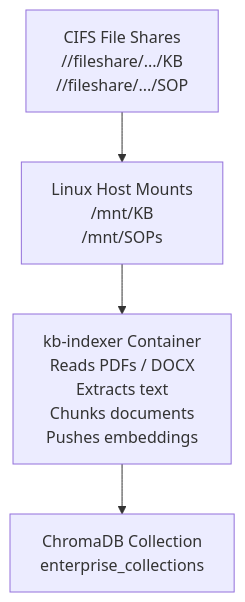
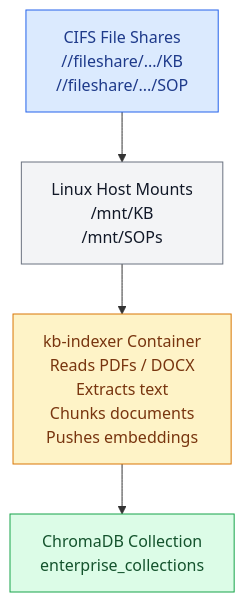
Before and after one commit to Dv-beep/AI-POC-RAG-Design: the second of 2 diagrams in docs/architecture/architecture-overview.md, drawn with Mermaid. The commit also changed other lines of this file and 1 other file, not shown here.

Commit message:
Enhance Mermaid diagrams with class definitions for improved visualization and clarity

````diff
--- a/docs/architecture/architecture-overview.md
+++ b/docs/architecture/architecture-overview.md
@@ -31,11 +43,21 @@
 ```mermaid
 flowchart TD
     F["CIFS File Shares<br/>//fileshare/.../KB<br/>//fileshare/.../SOP"]
     M["Linux Host Mounts<br/>/mnt/KB<br/>/mnt/SOPs"]
     I["kb-indexer Container<br/>Reads PDFs / DOCX<br/>Extracts text<br/>Chunks documents<br/>Pushes embeddings"]
     C["ChromaDB Collection<br/>enterprise_collections"]
 
     F --> M
     M --> I
     I --> C
+
+    classDef source fill:#dbeafe,stroke:#2563eb,color:#1e3a8a
+    classDef host fill:#f3f4f6,stroke:#6b7280,color:#111827
+    classDef service fill:#fef3c7,stroke:#d97706,color:#78350f
+    classDef storage fill:#dcfce7,stroke:#16a34a,color:#14532d
+
+    class F source
+    class M host
+    class I service
+    class C storage
 ```
````
